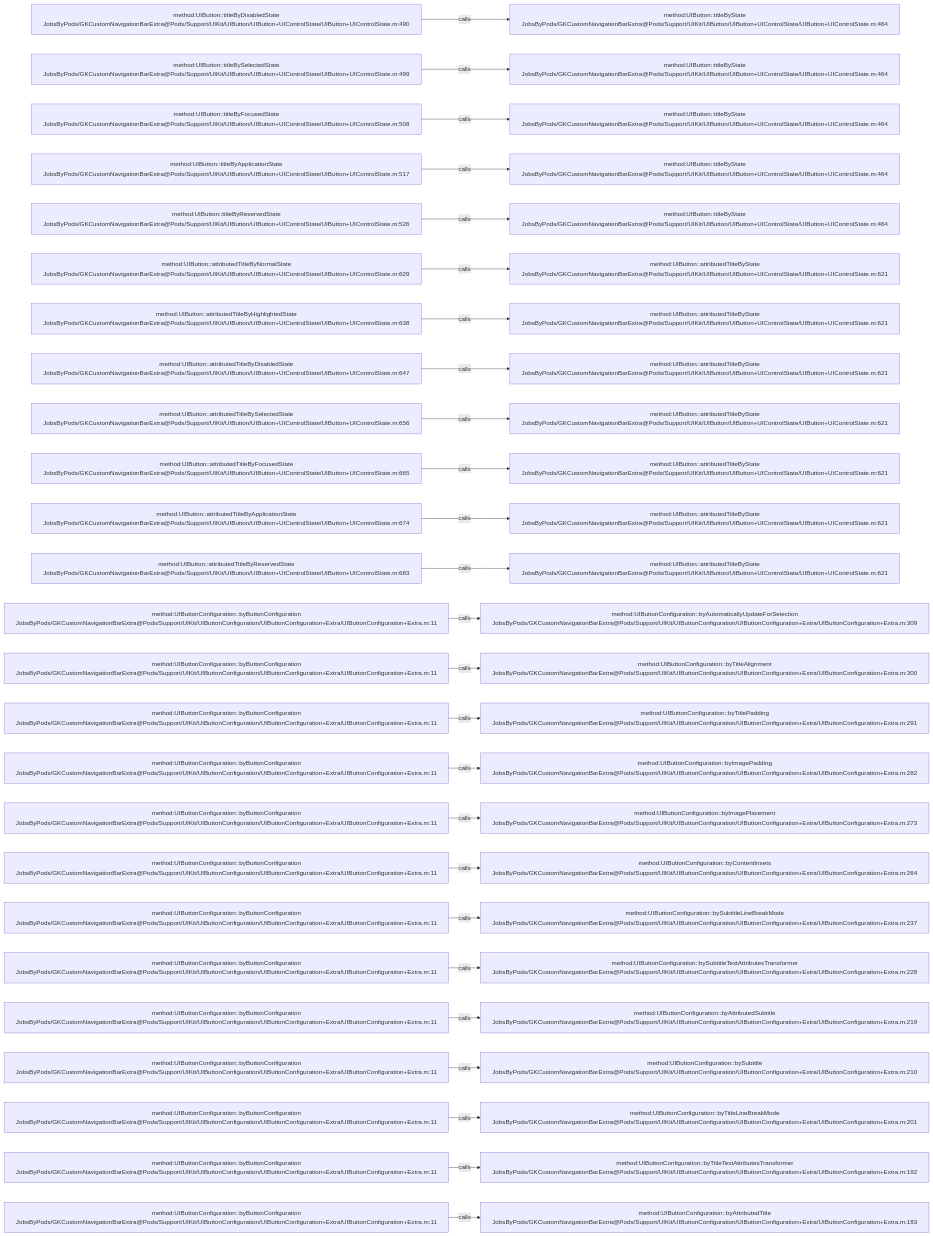
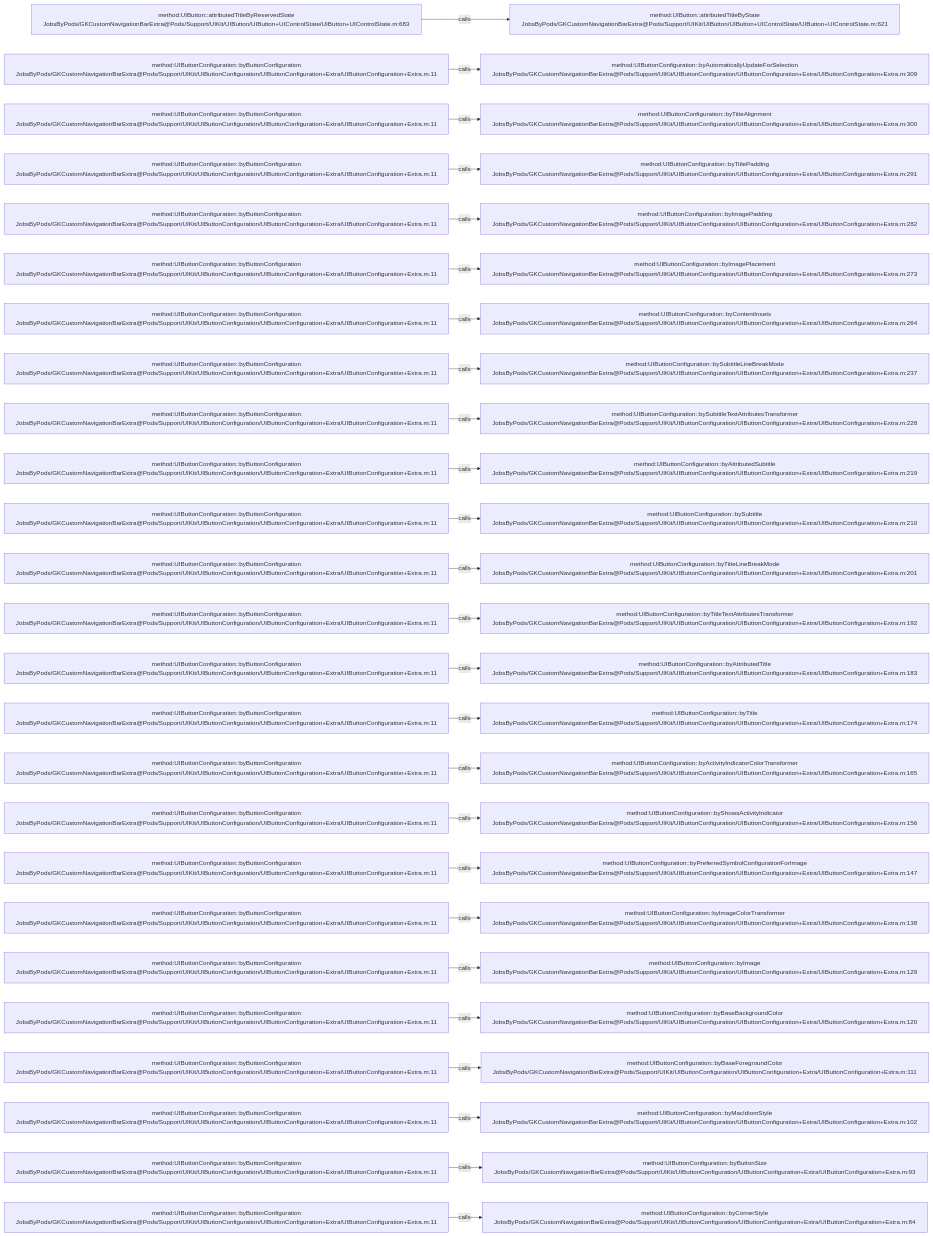
One commit to JobsKits/JobsOCBaseConfigDemo changed the diagram in .codegraph/codegraph.md/graphs/calls-037.md. Above: the diagram before and after it, drawn with Mermaid. The commit also changed 223 other files, not shown here.

````diff
--- a/.codegraph/codegraph.md/graphs/calls-037.md
+++ b/.codegraph/codegraph.md/graphs/calls-037.md
@@ -13,78 +13,78 @@
 ```mermaid
 flowchart LR
-  S1["method:UIButton::titleByDisabledState<br/>JobsByPods/GKCustomNavigationBarExtra@Pods/Support/UIKit/UIButton/UIButton+UIControlState/UIButton+UIControlState.m:490"]
-  T1["method:UIButton::titleByState<br/>JobsByPods/GKCustomNavigationBarExtra@Pods/Support/UIKit/UIButton/UIButton+UIControlState/UIButton+UIControlState.m:464"]
+  S1["method:UIButton::attributedTitleByReservedState<br/>JobsByPods/GKCustomNavigationBarExtra@Pods/Support/UIKit/UIButton/UIButton+UIControlState/UIButton+UIControlState.m:683"]
+  T1["method:UIButton::attributedTitleByState<br/>JobsByPods/GKCustomNavigationBarExtra@Pods/Support/UIKit/UIButton/UIButton+UIControlState/UIButton+UIControlState.m:621"]
   S1 -->|calls| T1
-  S2["method:UIButton::titleBySelectedState<br/>JobsByPods/GKCustomNavigationBarExtra@Pods/Support/UIKit/UIButton/UIButton+UIControlState/UIButton+UIControlState.m:499"]
-  T2["method:UIButton::titleByState<br/>JobsByPods/GKCustomNavigationBarExtra@Pods/Support/UIKit/UIButton/UIButton+UIControlState/UIButton+UIControlState.m:464"]
+  S2["method:UIButtonConfiguration::byButtonConfiguration<br/>JobsByPods/GKCustomNavigationBarExtra@Pods/Support/UIKit/UIButtonConfiguration/UIButtonConfiguration+Extra/UIButtonConfiguration+Extra.m:11"]
+  T2["method:UIButtonConfiguration::byAutomaticallyUpdateForSelection<br/>JobsByPods/GKCustomNavigationBarExtra@Pods/Support/UIKit/UIButtonConfiguration/UIButtonConfiguration+Extra/UIButtonConfiguration+Extra.m:309"]
   S2 -->|calls| T2
-  S3["method:UIButton::titleByFocusedState<br/>JobsByPods/GKCustomNavigationBarExtra@Pods/Support/UIKit/UIButton/UIButton+UIControlState/UIButton+UIControlState.m:508"]
-  T3["method:UIButton::titleByState<br/>JobsByPods/GKCustomNavigationBarExtra@Pods/Support/UIKit/UIButton/UIButton+UIControlState/UIButton+UIControlState.m:464"]
+  S3["method:UIButtonConfiguration::byButtonConfiguration<br/>JobsByPods/GKCustomNavigationBarExtra@Pods/Support/UIKit/UIButtonConfiguration/UIButtonConfiguration+Extra/UIButtonConfiguration+Extra.m:11"]
+  T3["method:UIButtonConfiguration::byTitleAlignment<br/>JobsByPods/GKCustomNavigationBarExtra@Pods/Support/UIKit/UIButtonConfiguration/UIButtonConfiguration+Extra/UIButtonConfiguration+Extra.m:300"]
   S3 -->|calls| T3
-  S4["method:UIButton::titleByApplicationState<br/>JobsByPods/GKCustomNavigationBarExtra@Pods/Support/UIKit/UIButton/UIButton+UIControlState/UIButton+UIControlState.m:517"]
-  T4["method:UIButton::titleByState<br/>JobsByPods/GKCustomNavigationBarExtra@Pods/Support/UIKit/UIButton/UIButton+UIControlState/UIButton+UIControlState.m:464"]
+  S4["method:UIButtonConfiguration::byButtonConfiguration<br/>JobsByPods/GKCustomNavigationBarExtra@Pods/Support/UIKit/UIButtonConfiguration/UIButtonConfiguration+Extra/UIButtonConfiguration+Extra.m:11"]
+  T4["method:UIButtonConfiguration::byTitlePadding<br/>JobsByPods/GKCustomNavigationBarExtra@Pods/Support/UIKit/UIButtonConfiguration/UIButtonConfiguration+Extra/UIButtonConfiguration+Extra.m:291"]
   S4 -->|calls| T4
-  S5["method:UIButton::titleByReservedState<br/>JobsByPods/GKCustomNavigationBarExtra@Pods/Support/UIKit/UIButton/UIButton+UIControlState/UIButton+UIControlState.m:526"]
-  T5["method:UIButton::titleByState<br/>JobsByPods/GKCustomNavigationBarExtra@Pods/Support/UIKit/UIButton/UIButton+UIControlState/UIButton+UIControlState.m:464"]
+  S5["method:UIButtonConfiguration::byButtonConfiguration<br/>JobsByPods/GKCustomNavigationBarExtra@Pods/Support/UIKit/UIButtonConfiguration/UIButtonConfiguration+Extra/UIButtonConfiguration+Extra.m:11"]
+  T5["method:UIButtonConfiguration::byImagePadding<br/>JobsByPods/GKCustomNavigationBarExtra@Pods/Support/UIKit/UIButtonConfiguration/UIButtonConfiguration+Extra/UIButtonConfiguration+Extra.m:282"]
   S5 -->|calls| T5
-  S6["method:UIButton::attributedTitleByNormalState<br/>JobsByPods/GKCustomNavigationBarExtra@Pods/Support/UIKit/UIButton/UIButton+UIControlState/UIButton+UIControlState.m:629"]
-  T6["method:UIButton::attributedTitleByState<br/>JobsByPods/GKCustomNavigationBarExtra@Pods/Support/UIKit/UIButton/UIButton+UIControlState/UIButton+UIControlState.m:621"]
+  S6["method:UIButtonConfiguration::byButtonConfiguration<br/>JobsByPods/GKCustomNavigationBarExtra@Pods/Support/UIKit/UIButtonConfiguration/UIButtonConfiguration+Extra/UIButtonConfiguration+Extra.m:11"]
+  T6["method:UIButtonConfiguration::byImagePlacement<br/>JobsByPods/GKCustomNavigationBarExtra@Pods/Support/UIKit/UIButtonConfiguration/UIButtonConfiguration+Extra/UIButtonConfiguration+Extra.m:273"]
   S6 -->|calls| T6
-  S7["method:UIButton::attributedTitleByHighlightedState<br/>JobsByPods/GKCustomNavigationBarExtra@Pods/Support/UIKit/UIButton/UIButton+UIControlState/UIButton+UIControlState.m:638"]
-  T7["method:UIButton::attributedTitleByState<br/>JobsByPods/GKCustomNavigationBarExtra@Pods/Support/UIKit/UIButton/UIButton+UIControlState/UIButton+UIControlState.m:621"]
+  S7["method:UIButtonConfiguration::byButtonConfiguration<br/>JobsByPods/GKCustomNavigationBarExtra@Pods/Support/UIKit/UIButtonConfiguration/UIButtonConfiguration+Extra/UIButtonConfiguration+Extra.m:11"]
+  T7["method:UIButtonConfiguration::byContentInsets<br/>JobsByPods/GKCustomNavigationBarExtra@Pods/Support/UIKit/UIButtonConfiguration/UIButtonConfiguration+Extra/UIButtonConfiguration+Extra.m:264"]
   S7 -->|calls| T7
-  S8["method:UIButton::attributedTitleByDisabledState<br/>JobsByPods/GKCustomNavigationBarExtra@Pods/Support/UIKit/UIButton/UIButton+UIControlState/UIButton+UIControlState.m:647"]
-  T8["method:UIButton::attributedTitleByState<br/>JobsByPods/GKCustomNavigationBarExtra@Pods/Support/UIKit/UIButton/UIButton+UIControlState/UIButton+UIControlState.m:621"]
+  S8["method:UIButtonConfiguration::byButtonConfiguration<br/>JobsByPods/GKCustomNavigationBarExtra@Pods/Support/UIKit/UIButtonConfiguration/UIButtonConfiguration+Extra/UIButtonConfiguration+Extra.m:11"]
+  T8["method:UIButtonConfiguration::bySubtitleLineBreakMode<br/>JobsByPods/GKCustomNavigationBarExtra@Pods/Support/UIKit/UIButtonConfiguration/UIButtonConfiguration+Extra/UIButtonConfiguration+Extra.m:237"]
   S8 -->|calls| T8
-  S9["method:UIButton::attributedTitleBySelectedState<br/>JobsByPods/GKCustomNavigationBarExtra@Pods/Support/UIKit/UIButton/UIButton+UIControlState/UIButton+UIControlState.m:656"]
-  T9["method:UIButton::attributedTitleByState<br/>JobsByPods/GKCustomNavigationBarExtra@Pods/Support/UIKit/UIButton/UIButton+UIControlState/UIButton+UIControlState.m:621"]
+  S9["method:UIButtonConfiguration::byButtonConfiguration<br/>JobsByPods/GKCustomNavigationBarExtra@Pods/Support/UIKit/UIButtonConfiguration/UIButtonConfiguration+Extra/UIButtonConfiguration+Extra.m:11"]
+  T9["method:UIButtonConfiguration::bySubtitleTextAttributesTransformer<br/>JobsByPods/GKCustomNavigationBarExtra@Pods/Support/UIKit/UIButtonConfiguration/UIButtonConfiguration+Extra/UIButtonConfiguration+Extra.m:228"]
   S9 -->|calls| T9
-  S10["method:UIButton::attributedTitleByFocusedState<br/>JobsByPods/GKCustomNavigationBarExtra@Pods/Support/UIKit/UIButton/UIButton+UIControlState/UIButton+UIControlState.m:665"]
-  T10["method:UIButton::attributedTitleByState<br/>JobsByPods/GKCustomNavigationBarExtra@Pods/Support/UIKit/UIButton/UIButton+UIControlState/UIButton+UIControlState.m:621"]
+  S10["method:UIButtonConfiguration::byButtonConfiguration<br/>JobsByPods/GKCustomNavigationBarExtra@Pods/Support/UIKit/UIButtonConfiguration/UIButtonConfiguration+Extra/UIButtonConfiguration+Extra.m:11"]
+  T10["method:UIButtonConfiguration::byAttributedSubtitle<br/>JobsByPods/GKCustomNavigationBarExtra@Pods/Support/UIKit/UIButtonConfiguration/UIButtonConfiguration+Extra/UIButtonConfiguration+Extra.m:219"]
   S10 -->|calls| T10
-  S11["method:UIButton::attributedTitleByApplicationState<br/>JobsByPods/GKCustomNavigationBarExtra@Pods/Support/UIKit/UIButton/UIButton+UIControlState/UIButton+UIControlState.m:674"]
-  T11["method:UIButton::attributedTitleByState<br/>JobsByPods/GKCustomNavigationBarExtra@Pods/Support/UIKit/UIButton/UIButton+UIControlState/UIButton+UIControlState.m:621"]
+  S11["method:UIButtonConfiguration::byButtonConfiguration<br/>JobsByPods/GKCustomNavigationBarExtra@Pods/Support/UIKit/UIButtonConfiguration/UIButtonConfiguration+Extra/UIButtonConfiguration+Extra.m:11"]
+  T11["method:UIButtonConfiguration::bySubtitle<br/>JobsByPods/GKCustomNavigationBarExtra@Pods/Support/UIKit/UIButtonConfiguration/UIButtonConfiguration+Extra/UIButtonConfiguration+Extra.m:210"]
   S11 -->|calls| T11
-  S12["method:UIButton::attributedTitleByReservedState<br/>JobsByPods/GKCustomNavigationBarExtra@Pods/Support/UIKit/UIButton/UIButton+UIControlState/UIButton+UIControlState.m:683"]
-  T12["method:UIButton::attributedTitleByState<br/>JobsByPods/GKCustomNavigationBarExtra@Pods/Support/UIKit/UIButton/UIButton+UIControlState/UIButton+UIControlState.m:621"]
+  S12["method:UIButtonConfiguration::byButtonConfiguration<br/>JobsByPods/GKCustomNavigationBarExtra@Pods/Support/UIKit/UIButtonConfiguration/UIButtonConfiguration+Extra/UIButtonConfiguration+Extra.m:11"]
+  T12["method:UIButtonConfiguration::byTitleLineBreakMode<br/>JobsByPods/GKCustomNavigationBarExtra@Pods/Support/UIKit/UIButtonConfiguration/UIButtonConfiguration+Extra/UIButtonConfiguration+Extra.m:201"]
   S12 -->|calls| T12
   S13["method:UIButtonConfiguration::byButtonConfiguration<br/>JobsByPods/GKCustomNavigationBarExtra@Pods/Support/UIKit/UIButtonConfiguration/UIButtonConfiguration+Extra/UIButtonConfiguration+Extra.m:11"]
-  T13["method:UIButtonConfiguration::byAutomaticallyUpdateForSelection<br/>JobsByPods/GKCustomNavigationBarExtra@Pods/Support/UIKit/UIButtonConfiguration/UIButtonConfiguration+Extra/UIButtonConfiguration+Extra.m:309"]
+  T13["method:UIButtonConfiguration::byTitleTextAttributesTransformer<br/>JobsByPods/GKCustomNavigationBarExtra@Pods/Support/UIKit/UIButtonConfiguration/UIButtonConfiguration+Extra/UIButtonConfiguration+Extra.m:192"]
   S13 -->|calls| T13
   S14["method:UIButtonConfiguration::byButtonConfiguration<br/>JobsByPods/GKCustomNavigationBarExtra@Pods/Support/UIKit/UIButtonConfiguration/UIButtonConfiguration+Extra/UIButtonConfiguration+Extra.m:11"]
-  T14["method:UIButtonConfiguration::byTitleAlignment<br/>JobsByPods/GKCustomNavigationBarExtra@Pods/Support/UIKit/UIButtonConfiguration/UIButtonConfiguration+Extra/UIButtonConfiguration+Extra.m:300"]
+  T14["method:UIButtonConfiguration::byAttributedTitle<br/>JobsByPods/GKCustomNavigationBarExtra@Pods/Support/UIKit/UIButtonConfiguration/UIButtonConfiguration+Extra/UIButtonConfiguration+Extra.m:183"]
   S14 -->|calls| T14
   S15["method:UIButtonConfiguration::byButtonConfiguration<br/>JobsByPods/GKCustomNavigationBarExtra@Pods/Support/UIKit/UIButtonConfiguration/UIButtonConfiguration+Extra/UIButtonConfiguration+Extra.m:11"]
-  T15["method:UIButtonConfiguration::byTitlePadding<br/>JobsByPods/GKCustomNavigationBarExtra@Pods/Support/UIKit/UIButtonConfiguration/UIButtonConfiguration+Extra/UIButtonConfiguration+Extra.m:291"]
+  T15["method:UIButtonConfiguration::byTitle<br/>JobsByPods/GKCustomNavigationBarExtra@Pods/Support/UIKit/UIButtonConfiguration/UIButtonConfiguration+Extra/UIButtonConfiguration+Extra.m:174"]
   S15 -->|calls| T15
   S16["method:UIButtonConfiguration::byButtonConfiguration<br/>JobsByPods/GKCustomNavigationBarExtra@Pods/Support/UIKit/UIButtonConfiguration/UIButtonConfiguration+Extra/UIButtonConfiguration+Extra.m:11"]
-  T16["method:UIButtonConfiguration::byImagePadding<br/>JobsByPods/GKCustomNavigationBarExtra@Pods/Support/UIKit/UIButtonConfiguration/UIButtonConfiguration+Extra/UIButtonConfiguration+Extra.m:282"]
+  T16["method:UIButtonConfiguration::byActivityIndicatorColorTransformer<br/>JobsByPods/GKCustomNavigationBarExtra@Pods/Support/UIKit/UIButtonConfiguration/UIButtonConfiguration+Extra/UIButtonConfiguration+Extra.m:165"]
   S16 -->|calls| T16
   S17["method:UIButtonConfiguration::byButtonConfiguration<br/>JobsByPods/GKCustomNavigationBarExtra@Pods/Support/UIKit/UIButtonConfiguration/UIButtonConfiguration+Extra/UIButtonConfiguration+Extra.m:11"]
-  T17["method:UIButtonConfiguration::byImagePlacement<br/>JobsByPods/GKCustomNavigationBarExtra@Pods/Support/UIKit/UIButtonConfiguration/UIButtonConfiguration+Extra/UIButtonConfiguration+Extra.m:273"]
+  T17["method:UIButtonConfiguration::byShowsActivityIndicator<br/>JobsByPods/GKCustomNavigationBarExtra@Pods/Support/UIKit/UIButtonConfiguration/UIButtonConfiguration+Extra/UIButtonConfiguration+Extra.m:156"]
   S17 -->|calls| T17
   S18["method:UIButtonConfiguration::byButtonConfiguration<br/>JobsByPods/GKCustomNavigationBarExtra@Pods/Support/UIKit/UIButtonConfiguration/UIButtonConfiguration+Extra/UIButtonConfiguration+Extra.m:11"]
-  T18["method:UIButtonConfiguration::byContentInsets<br/>JobsByPods/GKCustomNavigationBarExtra@Pods/Support/UIKit/UIButtonConfiguration/UIButtonConfiguration+Extra/UIButtonConfiguration+Extra.m:264"]
+  T18["method:UIButtonConfiguration::byPreferredSymbolConfigurationForImage<br/>JobsByPods/GKCustomNavigationBarExtra@Pods/Support/UIKit/UIButtonConfiguration/UIButtonConfiguration+Extra/UIButtonConfiguration+Extra.m:147"]
   S18 -->|calls| T18
   S19["method:UIButtonConfiguration::byButtonConfiguration<br/>JobsByPods/GKCustomNavigationBarExtra@Pods/Support/UIKit/UIButtonConfiguration/UIButtonConfiguration+Extra/UIButtonConfiguration+Extra.m:11"]
-  T19["method:UIButtonConfiguration::bySubtitleLineBreakMode<br/>JobsByPods/GKCustomNavigationBarExtra@Pods/Support/UIKit/UIButtonConfiguration/UIButtonConfiguration+Extra/UIButtonConfiguration+Extra.m:237"]
+  T19["method:UIButtonConfiguration::byImageColorTransformer<br/>JobsByPods/GKCustomNavigationBarExtra@Pods/Support/UIKit/UIButtonConfiguration/UIButtonConfiguration+Extra/UIButtonConfiguration+Extra.m:138"]
   S19 -->|calls| T19
   S20["method:UIButtonConfiguration::byButtonConfiguration<br/>JobsByPods/GKCustomNavigationBarExtra@Pods/Support/UIKit/UIButtonConfiguration/UIButtonConfiguration+Extra/UIButtonConfiguration+Extra.m:11"]
-  T20["method:UIButtonConfiguration::bySubtitleTextAttributesTransformer<br/>JobsByPods/GKCustomNavigationBarExtra@Pods/Support/UIKit/UIButtonConfiguration/UIButtonConfiguration+Extra/UIButtonConfiguration+Extra.m:228"]
+  T20["method:UIButtonConfiguration::byImage<br/>JobsByPods/GKCustomNavigationBarExtra@Pods/Support/UIKit/UIButtonConfiguration/UIButtonConfiguration+Extra/UIButtonConfiguration+Extra.m:129"]
   S20 -->|calls| T20
   S21["method:UIButtonConfiguration::byButtonConfiguration<br/>JobsByPods/GKCustomNavigationBarExtra@Pods/Support/UIKit/UIButtonConfiguration/UIButtonConfiguration+Extra/UIButtonConfiguration+Extra.m:11"]
-  T21["method:UIButtonConfiguration::byAttributedSubtitle<br/>JobsByPods/GKCustomNavigationBarExtra@Pods/Support/UIKit/UIButtonConfiguration/UIButtonConfiguration+Extra/UIButtonConfiguration+Extra.m:219"]
+  T21["method:UIButtonConfiguration::byBaseBackgroundColor<br/>JobsByPods/GKCustomNavigationBarExtra@Pods/Support/UIKit/UIButtonConfiguration/UIButtonConfiguration+Extra/UIButtonConfiguration+Extra.m:120"]
   S21 -->|calls| T21
   S22["method:UIButtonConfiguration::byButtonConfiguration<br/>JobsByPods/GKCustomNavigationBarExtra@Pods/Support/UIKit/UIButtonConfiguration/UIButtonConfiguration+Extra/UIButtonConfiguration+Extra.m:11"]
-  T22["method:UIButtonConfiguration::bySubtitle<br/>JobsByPods/GKCustomNavigationBarExtra@Pods/Support/UIKit/UIButtonConfiguration/UIButtonConfiguration+Extra/UIButtonConfiguration+Extra.m:210"]
+  T22["method:UIButtonConfiguration::byBaseForegroundColor<br/>JobsByPods/GKCustomNavigationBarExtra@Pods/Support/UIKit/UIButtonConfiguration/UIButtonConfiguration+Extra/UIButtonConfiguration+Extra.m:111"]
   S22 -->|calls| T22
   S23["method:UIButtonConfiguration::byButtonConfiguration<br/>JobsByPods/GKCustomNavigationBarExtra@Pods/Support/UIKit/UIButtonConfiguration/UIButtonConfiguration+Extra/UIButtonConfiguration+Extra.m:11"]
-  T23["method:UIButtonConfiguration::byTitleLineBreakMode<br/>JobsByPods/GKCustomNavigationBarExtra@Pods/Support/UIKit/UIButtonConfiguration/UIButtonConfiguration+Extra/UIButtonConfiguration+Extra.m:201"]
+  T23["method:UIButtonConfiguration::byMacIdiomStyle<br/>JobsByPods/GKCustomNavigationBarExtra@Pods/Support/UIKit/UIButtonConfiguration/UIButtonConfiguration+Extra/UIButtonConfiguration+Extra.m:102"]
   S23 -->|calls| T23
   S24["method:UIButtonConfiguration::byButtonConfiguration<br/>JobsByPods/GKCustomNavigationBarExtra@Pods/Support/UIKit/UIButtonConfiguration/UIButtonConfiguration+Extra/UIButtonConfiguration+Extra.m:11"]
-  T24["method:UIButtonConfiguration::byTitleTextAttributesTransformer<br/>JobsByPods/GKCustomNavigationBarExtra@Pods/Support/UIKit/UIButtonConfiguration/UIButtonConfiguration+Extra/UIButtonConfiguration+Extra.m:192"]
+  T24["method:UIButtonConfiguration::byButtonSize<br/>JobsByPods/GKCustomNavigationBarExtra@Pods/Support/UIKit/UIButtonConfiguration/UIButtonConfiguration+Extra/UIButtonConfiguration+Extra.m:93"]
   S24 -->|calls| T24
   S25["method:UIButtonConfiguration::byButtonConfiguration<br/>JobsByPods/GKCustomNavigationBarExtra@Pods/Support/UIKit/UIButtonConfiguration/UIButtonConfiguration+Extra/UIButtonConfiguration+Extra.m:11"]
-  T25["method:UIButtonConfiguration::byAttributedTitle<br/>JobsByPods/GKCustomNavigationBarExtra@Pods/Support/UIKit/UIButtonConfiguration/UIButtonConfiguration+Extra/UIButtonConfiguration+Extra.m:183"]
+  T25["method:UIButtonConfiguration::byCornerStyle<br/>JobsByPods/GKCustomNavigationBarExtra@Pods/Support/UIKit/UIButtonConfiguration/UIButtonConfiguration+Extra/UIButtonConfiguration+Extra.m:84"]
   S25 -->|calls| T25
 ```
````
